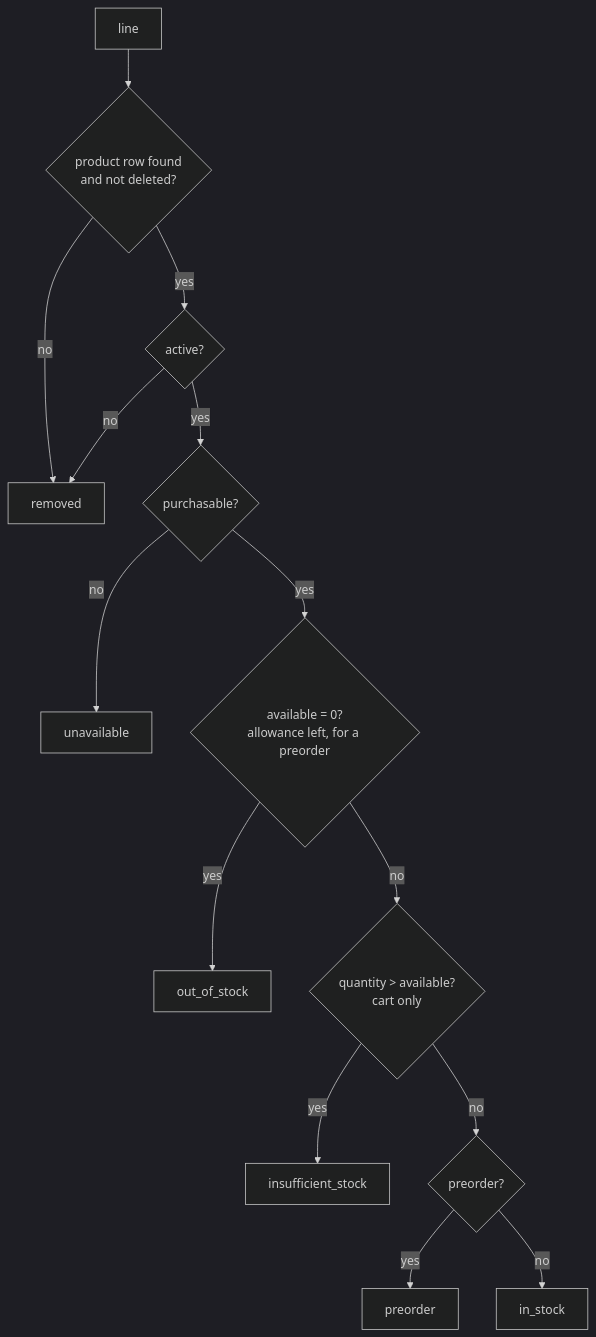
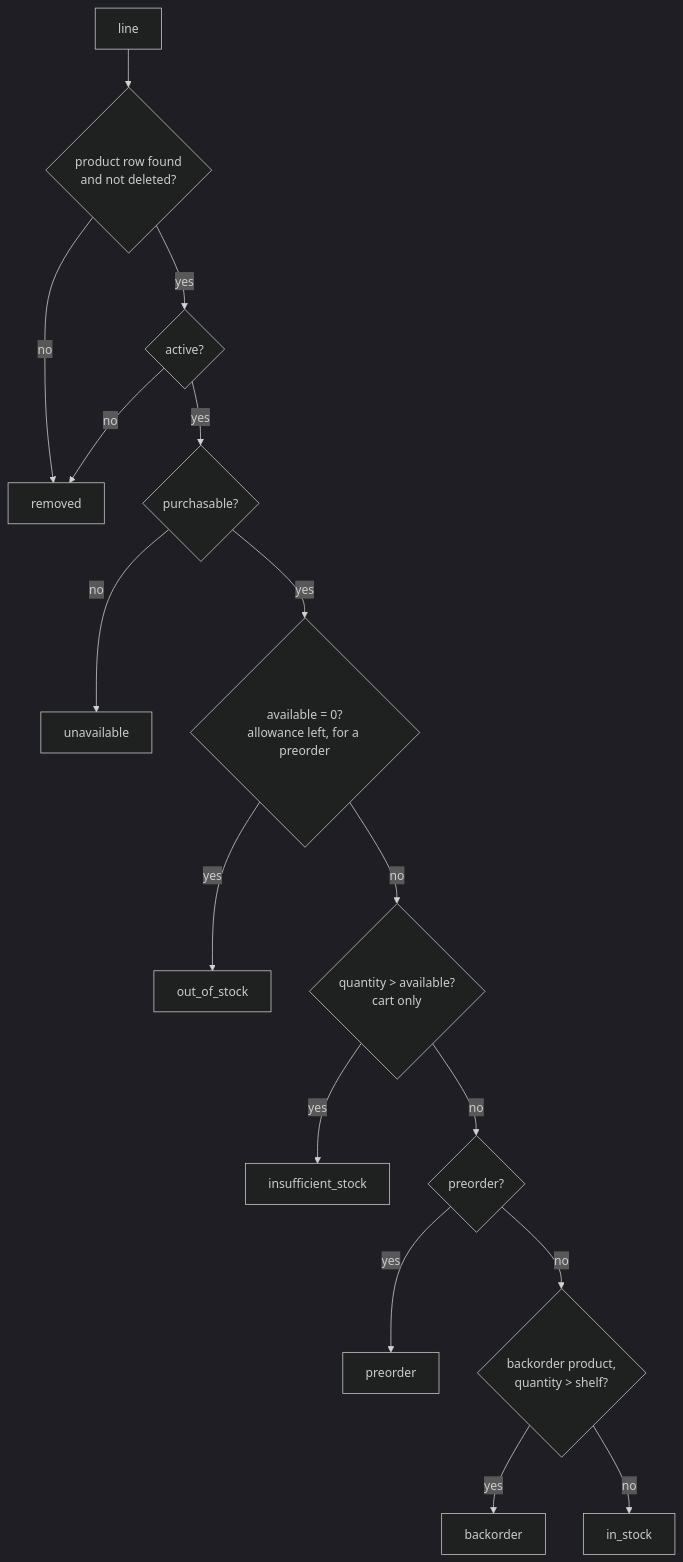
The second of 4 diagrams in docs/modules/cart.md (Guebbit/boilerplate-node-backend), drawn with Mermaid (dark theme) before and after one commit. The commit also changed other lines of this file and 7 other files, not shown here.

````diff
--- a/docs/modules/cart.md
+++ b/docs/modules/cart.md
@@ -140,16 +159,18 @@
 ```mermaid
 flowchart TD
     A[line] --> B{product row found<br/>and not deleted?}
     B -- no --> R[removed]
     B -- yes --> C{active?}
     C -- no --> R
     C -- yes --> D{purchasable?}
     D -- no --> U[unavailable]
     D -- yes --> E{available = 0?<br/>allowance left, for a preorder}
     E -- yes --> O[out_of_stock]
     E -- no --> F{quantity > available?<br/>cart only}
     F -- yes --> I[insufficient_stock]
     F -- no --> P{preorder?}
     P -- yes --> PO[preorder]
-    P -- no --> S[in_stock]
+    P -- no --> K{backorder product,<br/>quantity > shelf?}
+    K -- yes --> BO[backorder]
+    K -- no --> S[in_stock]
 ```
````
